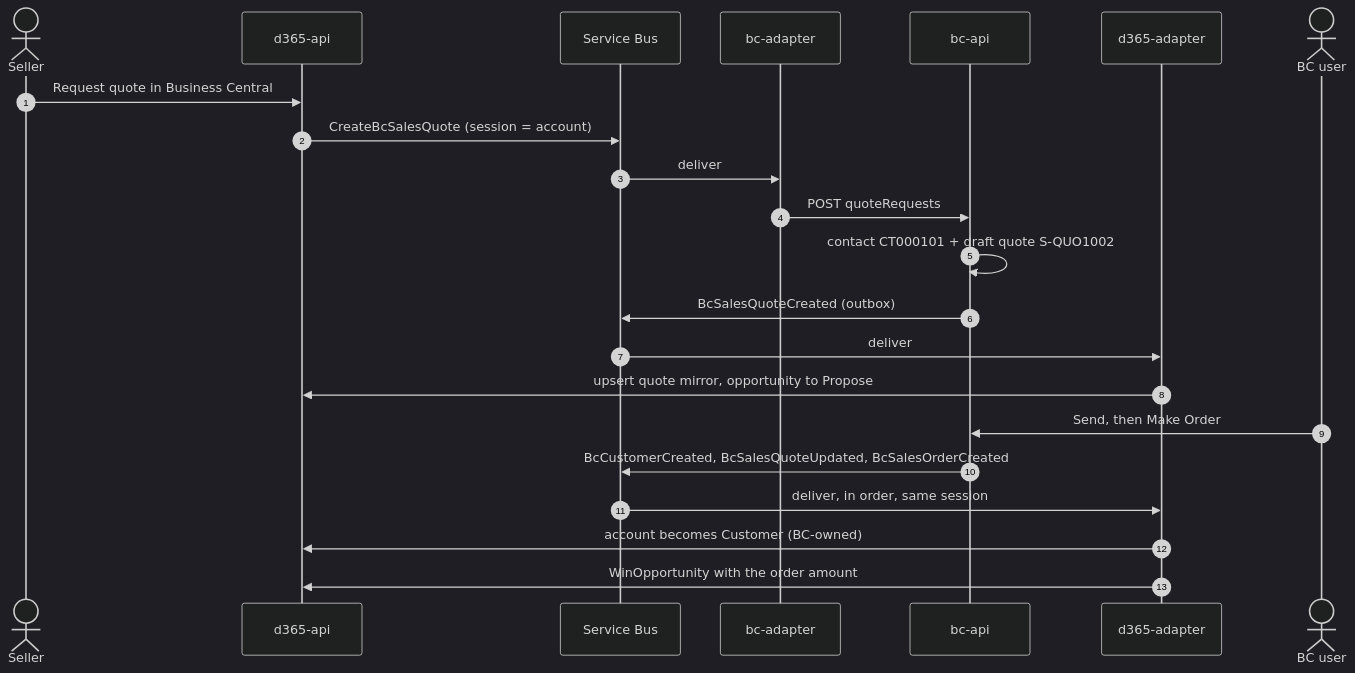
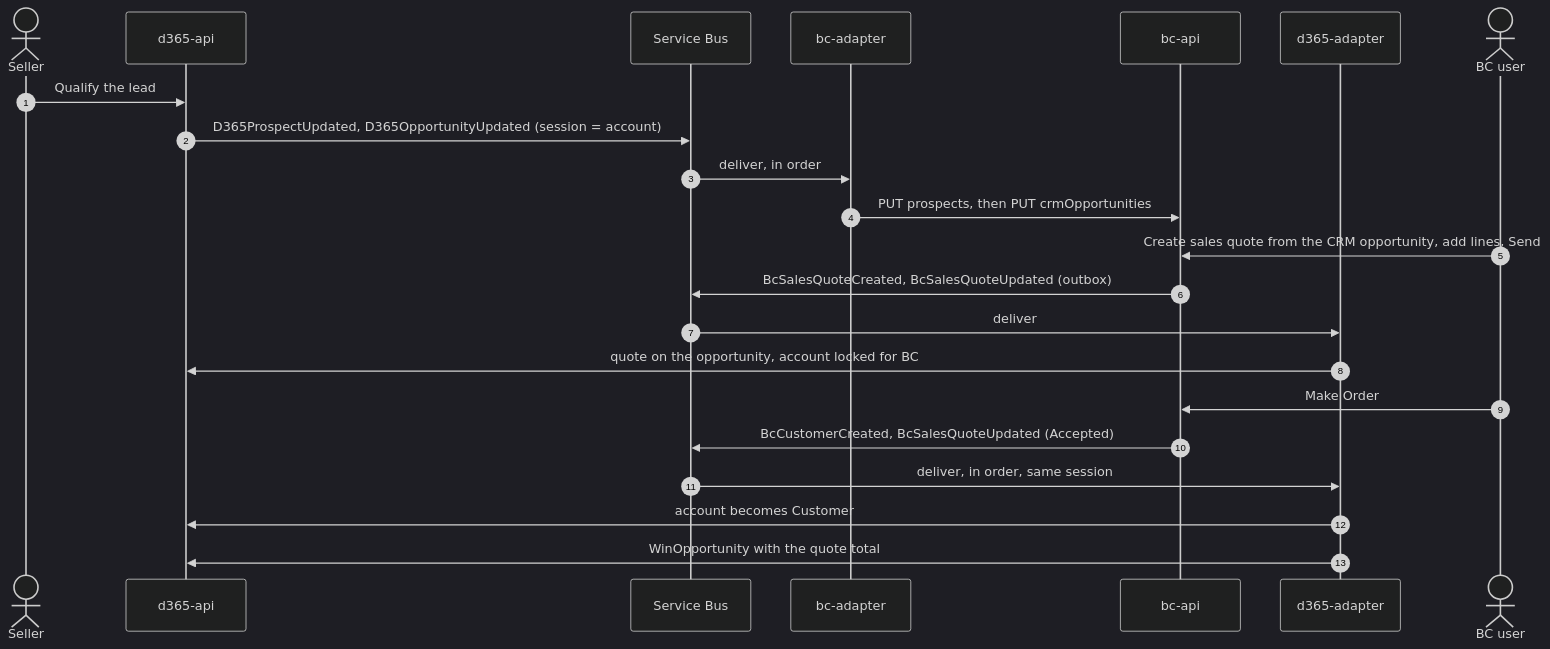
One commit to ErikEJ/NimBus changed the third of 3 diagrams in samples/DynamicsBcDemo/README.md. Above: the diagram before and after it, drawn with Mermaid (dark theme). The commit also changed other lines of this file and 96 other files, not shown here.

First line of the commit message:
feat(samples): link Business Central quotes to CRM opportunities in the Dynamics 365 demo (#175)

````diff
--- a/samples/DynamicsBcDemo/README.md
+++ b/samples/DynamicsBcDemo/README.md
@@ -112,25 +130,25 @@
 ```mermaid
 sequenceDiagram
     autonumber
     actor Seller
     participant CRM as d365-api
     participant SB as Service Bus
     participant BCA as bc-adapter
     participant BC as bc-api
     participant CRMA as d365-adapter
     actor BCUser as BC user
 
-    Seller->>CRM: Request quote in Business Central
-    CRM->>SB: CreateBcSalesQuote (session = account)
-    SB->>BCA: deliver
-    BCA->>BC: POST quoteRequests
-    BC->>BC: contact CT000101 + draft quote S-QUO1002
-    BC->>SB: BcSalesQuoteCreated (outbox)
+    Seller->>CRM: Qualify the lead
+    CRM->>SB: D365ProspectUpdated, D365OpportunityUpdated (session = account)
+    SB->>BCA: deliver, in order
+    BCA->>BC: PUT prospects, then PUT crmOpportunities
+    BCUser->>BC: Create sales quote from the CRM opportunity, add lines, Send
+    BC->>SB: BcSalesQuoteCreated, BcSalesQuoteUpdated (outbox)
     SB->>CRMA: deliver
-    CRMA->>CRM: upsert quote mirror, opportunity to Propose
-    BCUser->>BC: Send, then Make Order
-    BC->>SB: BcCustomerCreated, BcSalesQuoteUpdated, BcSalesOrderCreated
+    CRMA->>CRM: quote on the opportunity, account locked for BC
+    BCUser->>BC: Make Order
+    BC->>SB: BcCustomerCreated, BcSalesQuoteUpdated (Accepted)
     SB->>CRMA: deliver, in order, same session
-    CRMA->>CRM: account becomes Customer (BC-owned)
-    CRMA->>CRM: WinOpportunity with the order amount
+    CRMA->>CRM: account becomes Customer
+    CRMA->>CRM: WinOpportunity with the quote total
 ```
````
